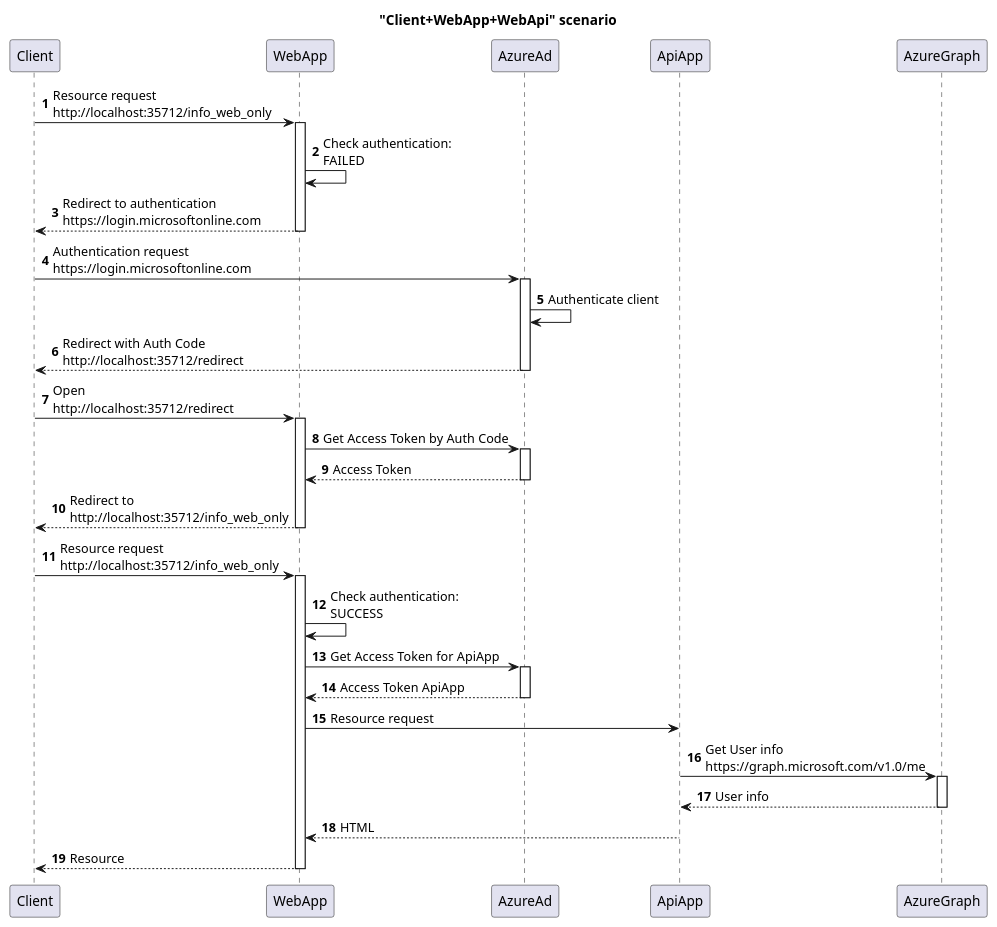
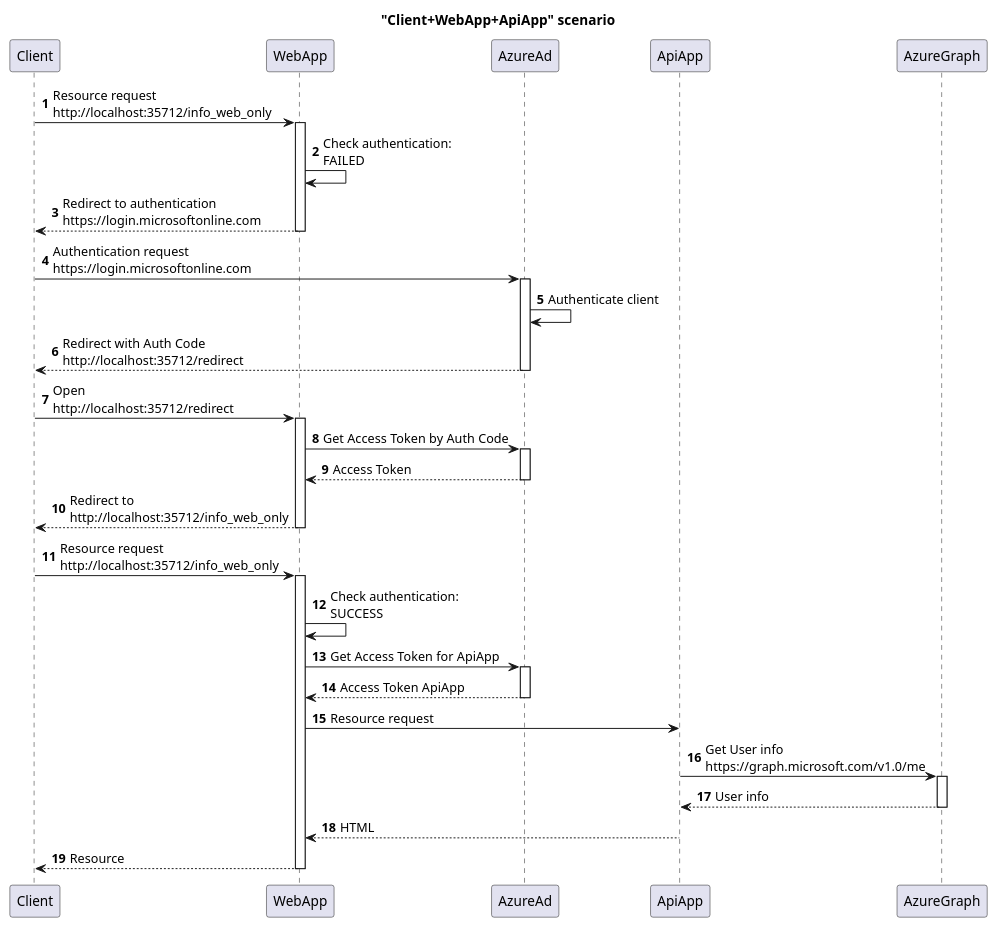
One commit to Aleks-Ya/yaal_examples changed the diagram in Java+/Libs+/Azure+/MSAL/src/azure/flow/authcode/web_and_api_apps/web_api_flow.puml. Above: the diagram before and after it, drawn with PlantUML. The commit also changed 10 other files, not shown here.

Commit message:
Java: Azure: fix "WebApp + ApiApp" scenario

```diff
--- a/Java+/Libs+/Azure+/MSAL/src/azure/flow/authcode/web_and_api_apps/web_api_flow.puml
+++ b/Java+/Libs+/Azure+/MSAL/src/azure/flow/authcode/web_and_api_apps/web_api_flow.puml
@@ -1,44 +1,44 @@
 @startuml
 
-title "Client+WebApp+WebApi" scenario
+title "Client+WebApp+ApiApp" scenario
 
 autonumber
 
 Client -> WebApp: Resource request\nhttp://localhost:35712/info_web_only
 activate WebApp
 WebApp -> WebApp: Check authentication:\nFAILED
 Client <-- WebApp: Redirect to authentication\nhttps://login.microsoftonline.com
 deactivate WebApp
 
 Client -> AzureAd: Authentication request\nhttps://login.microsoftonline.com
 activate AzureAd
 AzureAd -> AzureAd: Authenticate client
 Client <-- AzureAd: Redirect with Auth Code\nhttp://localhost:35712/redirect
 deactivate AzureAd
 
 Client -> WebApp: Open\nhttp://localhost:35712/redirect
 activate WebApp
     WebApp -> AzureAd: Get Access Token by Auth Code
     activate AzureAd
     WebApp <-- AzureAd: Access Token
     deactivate AzureAd
 Client <-- WebApp: Redirect to\nhttp://localhost:35712/info_web_only
 deactivate WebApp
 
 Client -> WebApp: Resource request\nhttp://localhost:35712/info_web_only
 activate WebApp
 WebApp -> WebApp: Check authentication:\nSUCCESS
     WebApp -> AzureAd: Get Access Token for ApiApp
     activate AzureAd
     WebApp <-- AzureAd: Access Token ApiApp
     deactivate AzureAd
     WebApp -> ApiApp: Resource request
     ApiApp -> AzureGraph: Get User info\nhttps://graph.microsoft.com/v1.0/me
     activate AzureGraph
     ApiApp <-- AzureGraph: User info
     deactivate AzureGraph
     WebApp <-- ApiApp: HTML
 Client <-- WebApp: Resource
 deactivate WebApp
 
 @enduml
```
